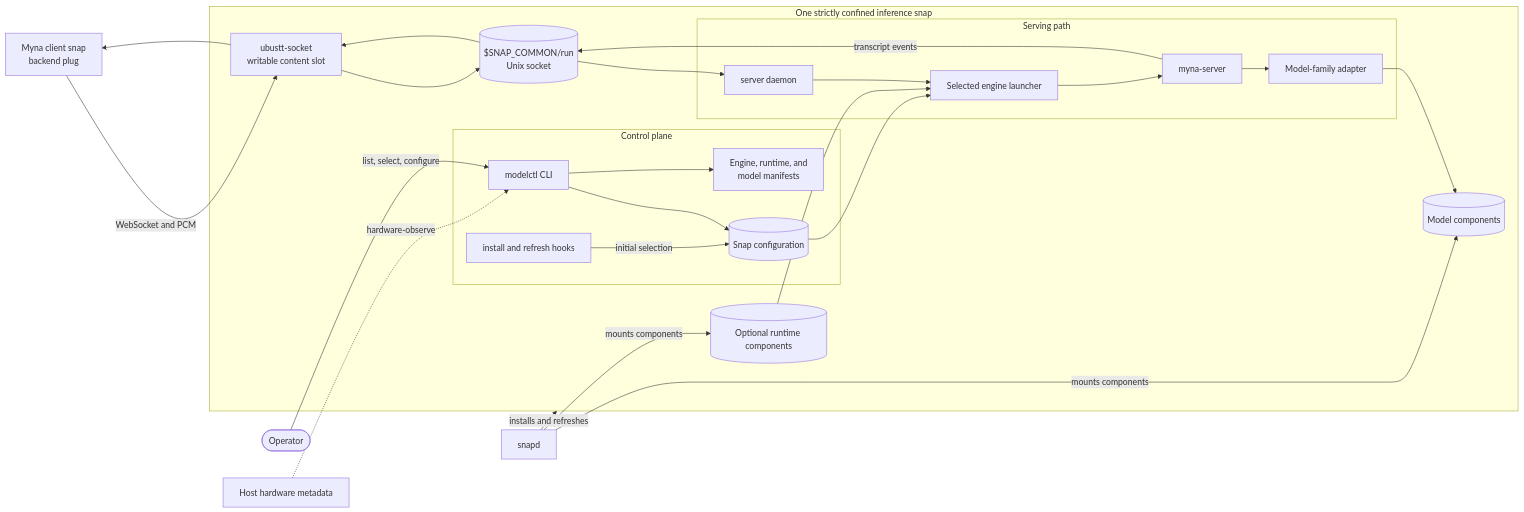
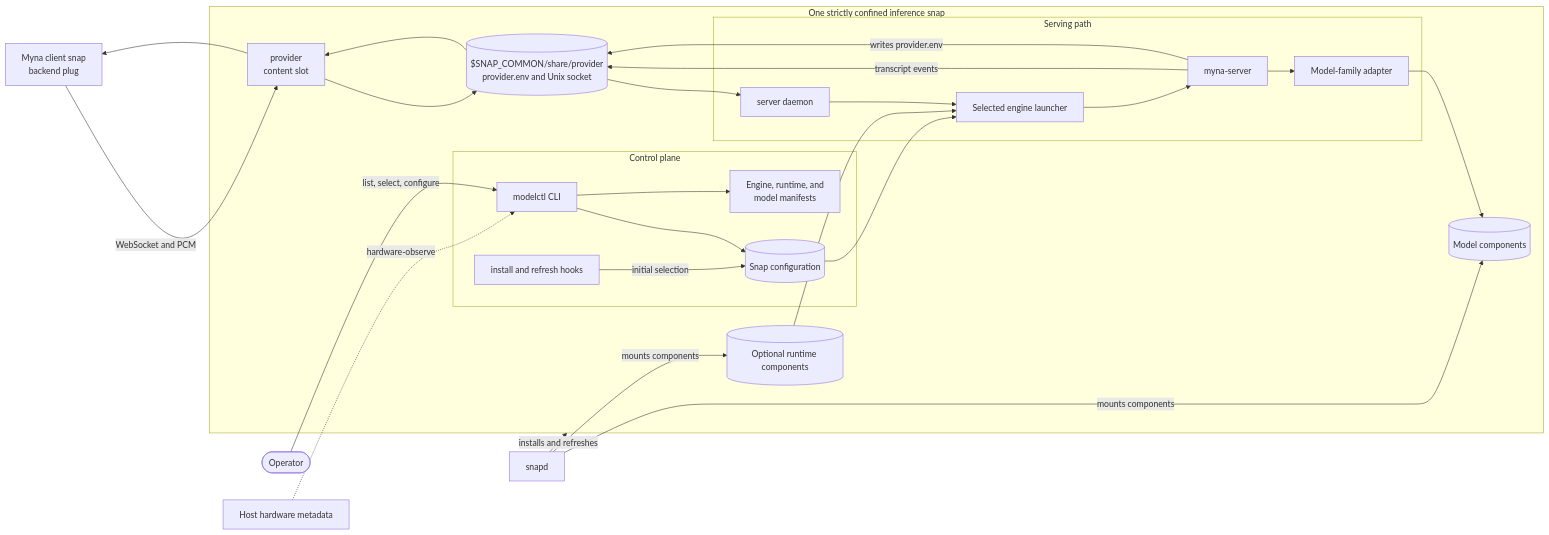
The diagram in server/.kb/inference-snap-architecture.md (canonical/myna), drawn with Mermaid before and after one commit. The commit also changed 38 other files, not shown here.

````diff
--- a/server/.kb/inference-snap-architecture.md
+++ b/server/.kb/inference-snap-architecture.md
@@ -9,51 +9,52 @@
 ```mermaid
 flowchart LR
     client["Myna client snap<br/>backend plug"]
     operator([Operator])
     snapd["snapd"]
     hardware["Host hardware metadata"]
 
     subgraph backend["One strictly confined inference snap"]
-        slot["ubustt-socket<br/>writable content slot"]
-        uds[("$SNAP_COMMON/run<br/>Unix socket")]
+        slot["provider<br/>content slot"]
+        uds[("$SNAP_COMMON/share/provider<br/>provider.env and Unix socket")]
 
         subgraph control["Control plane"]
             cli["modelctl CLI"]
             hooks["install and refresh hooks"]
             config[("Snap configuration")]
             manifests["Engine, runtime, and<br/>model manifests"]
         end
 
         subgraph serving["Serving path"]
             service["server daemon"]
             launcher["Selected engine launcher"]
             myna_server["myna-server"]
             adapter["Model-family adapter"]
         end
 
         models[("Model components")]
         runtimes[("Optional runtime components")]
     end
 
     client -->|"WebSocket and PCM"| slot
     slot --> uds
     uds --> service
     service --> launcher
     launcher --> myna_server
     myna_server --> adapter
     adapter --> models
     runtimes --> launcher
     myna_server -->|"transcript events"| uds
+    myna_server -->|"writes provider.env"| uds
     uds --> slot
     slot --> client
 
     operator -->|"list, select, configure"| cli
     cli --> config
     cli --> manifests
     hooks -->|"initial selection"| config
     config --> launcher
     hardware -.->|"hardware-observe"| cli
     snapd -->|"installs and refreshes"| backend
     snapd -->|"mounts components"| models
     snapd -->|"mounts components"| runtimes
 ```
````
